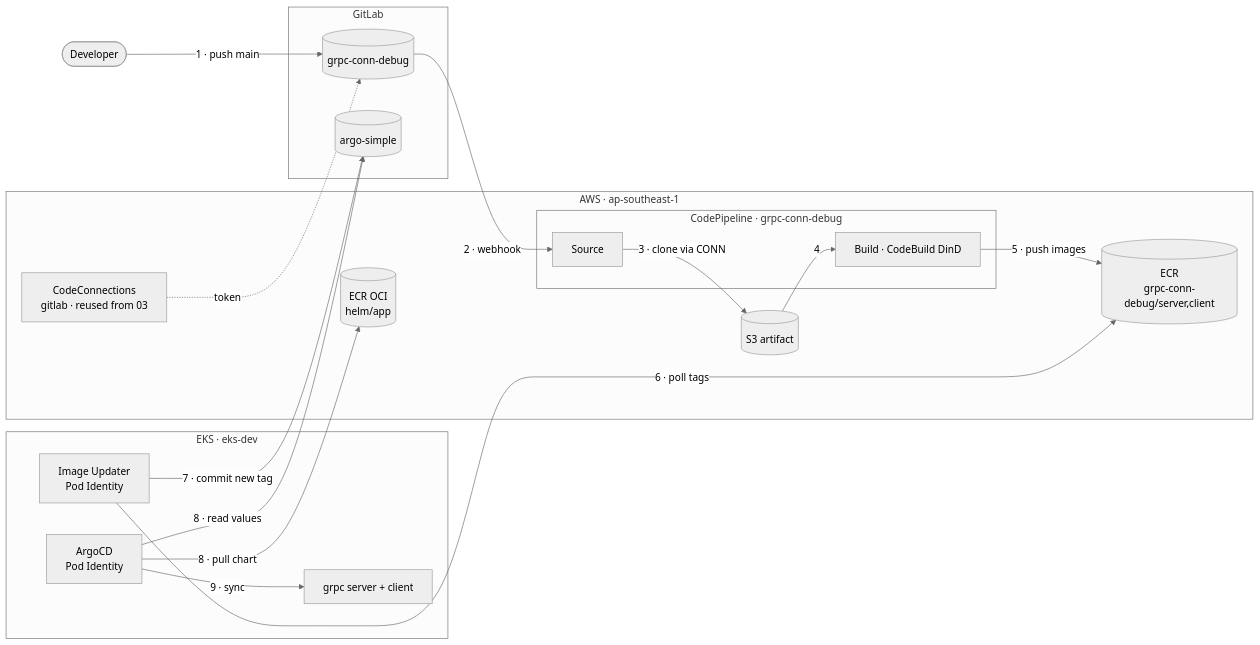
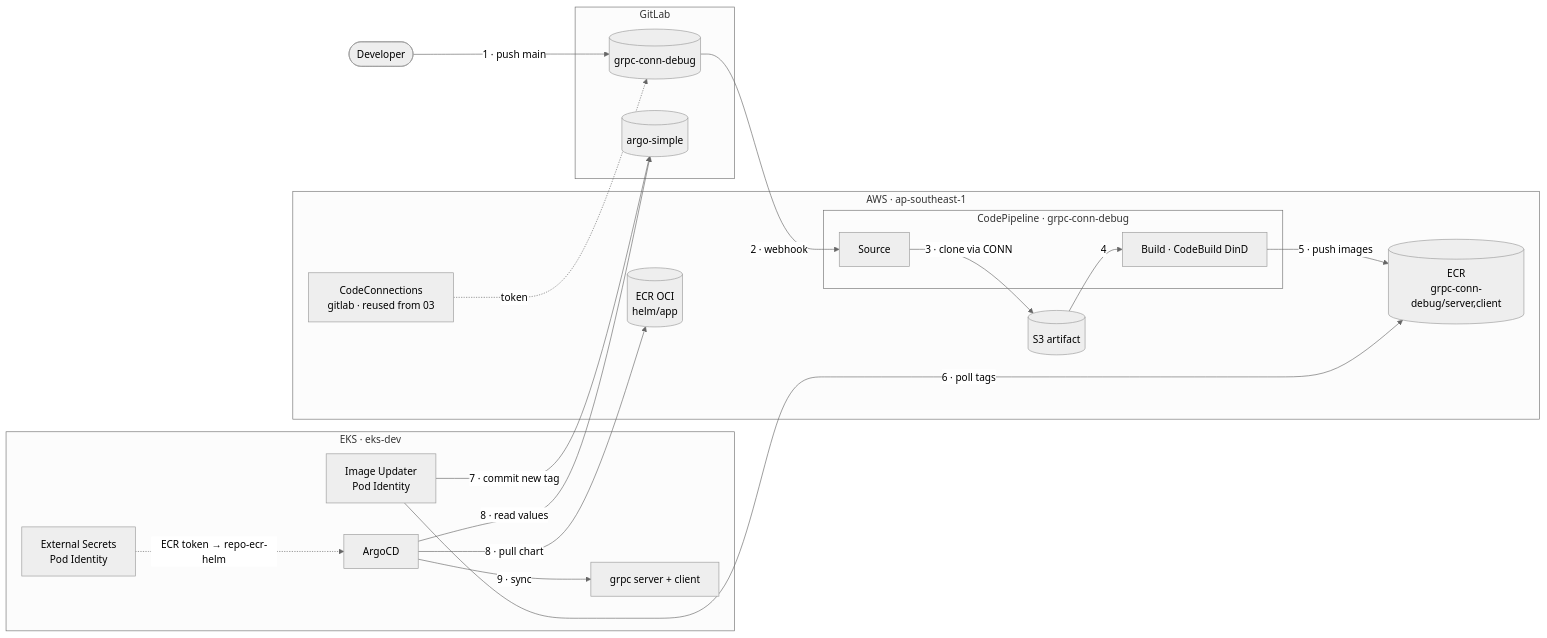
Before and after one commit to trongnvv/aws-iac: the diagram in foundation/04-app-cicd/README.md, drawn with Mermaid (neutral theme). The commit also changed other lines of this file and 8 other files, not shown here.

````diff
--- a/foundation/04-app-cicd/README.md
+++ b/foundation/04-app-cicd/README.md
@@ -24,34 +24,36 @@
 ```mermaid
 flowchart LR
     Dev([Developer])
     subgraph GL[GitLab]
       APP[(grpc-conn-debug)]
       GITOPS[(argo-simple)]
     end
     subgraph AWS["AWS · ap-southeast-1"]
       CONN[CodeConnections<br/>gitlab · reused from 03]
       subgraph CP["CodePipeline · grpc-conn-debug"]
         SRC[Source]
         BLD[Build · CodeBuild DinD]
       end
       S3[(S3 artifact)]
       ECRIMG[(ECR<br/>grpc-conn-debug/server,client)]
       ECRCHART[(ECR OCI<br/>helm/app)]
     end
     subgraph EKS["EKS · eks-dev"]
       IU[Image Updater<br/>Pod Identity]
-      ARGO[ArgoCD<br/>Pod Identity]
+      ESO[External Secrets<br/>Pod Identity]
+      ARGO[ArgoCD]
       PODS[grpc server + client]
     end
     Dev -->|1 · push main| APP
     APP -->|2 · webhook| SRC
     SRC -->|3 · clone via CONN| S3
     CONN -.->|token| APP
     S3 -->|4| BLD
     BLD -->|5 · push images| ECRIMG
     IU -->|6 · poll tags| ECRIMG
     IU -->|7 · commit new tag| GITOPS
     ARGO -->|8 · read values| GITOPS
+    ESO -.->|ECR token → repo-ecr-helm| ARGO
     ARGO -->|8 · pull chart| ECRCHART
     ARGO -->|9 · sync| PODS
 ```
````
